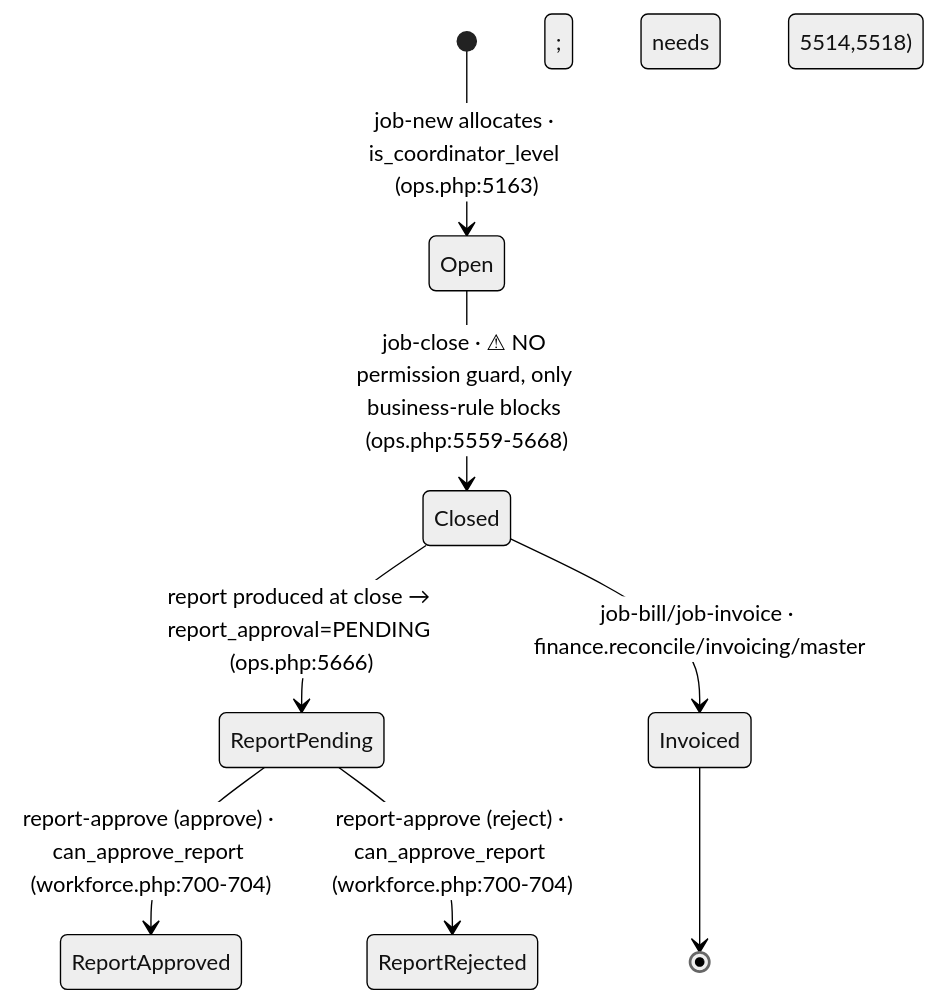
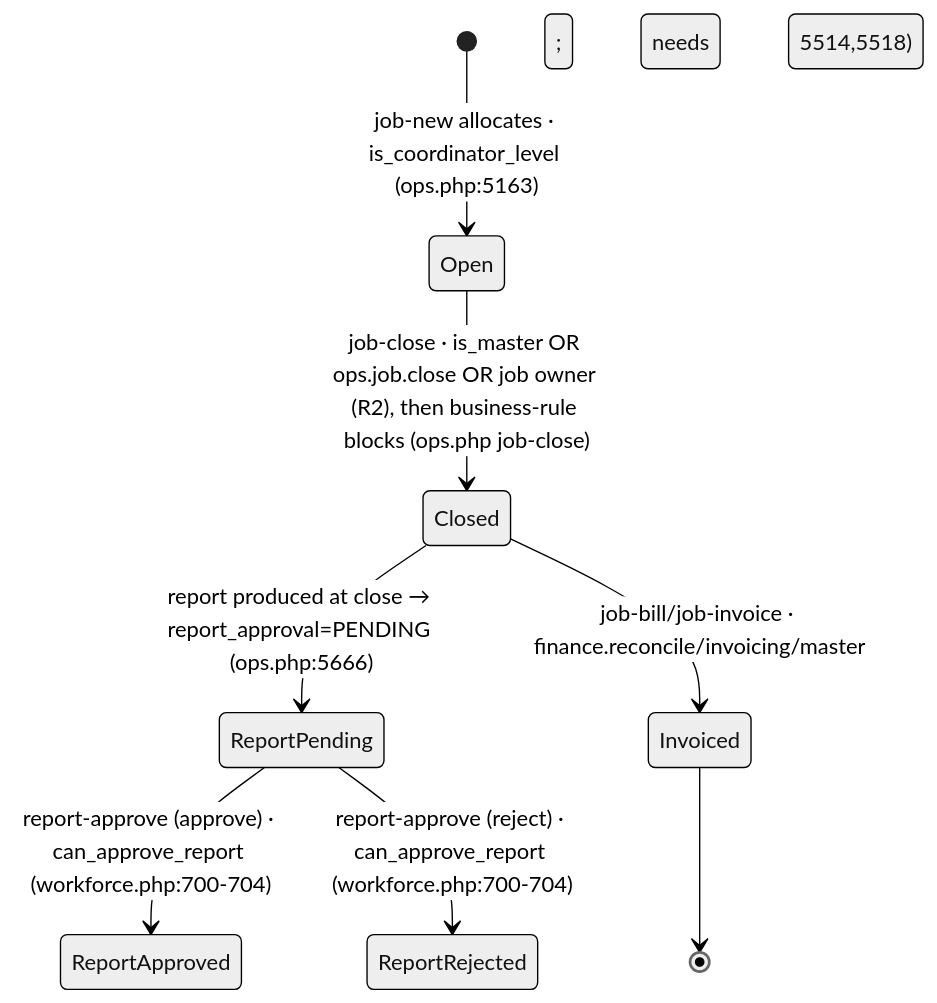
Before and after one commit to mehulblogger-pixel/Experiment_Operataion_Exaact-requirement: the second of 5 diagrams in docs/03-object-lifecycles.md, drawn with Mermaid (neutral theme). The commit also changed other lines of this file and 3 other files, not shown here.

````diff
--- a/docs/03-object-lifecycles.md
+++ b/docs/03-object-lifecycles.md
@@ -60,10 +67,10 @@
 ```mermaid
 stateDiagram-v2
   [*] --> Open : job-new allocates · is_coordinator_level (ops.php:5163)
-  Open --> Closed : job-close · ⚠ NO permission guard, only business-rule blocks (ops.php:5559-5668)
+  Open --> Closed : job-close · is_master OR ops.job.close OR job owner (R2), then business-rule blocks (ops.php job-close)
   Closed --> ReportPending : report produced at close → report_approval=PENDING (ops.php:5666)
   ReportPending --> ReportApproved : report-approve (approve) · can_approve_report (workforce.php:700-704)
   ReportPending --> ReportRejected : report-approve (reject) · can_approve_report (workforce.php:700-704)
   Closed --> Invoiced : job-bill/job-invoice · finance.reconcile/invoicing/master; needs Closed (ops.php:5514,5518)
   Invoiced --> [*]
 ```
````
